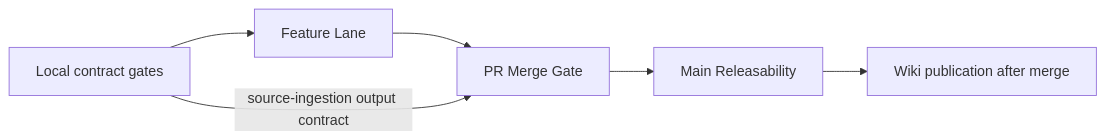
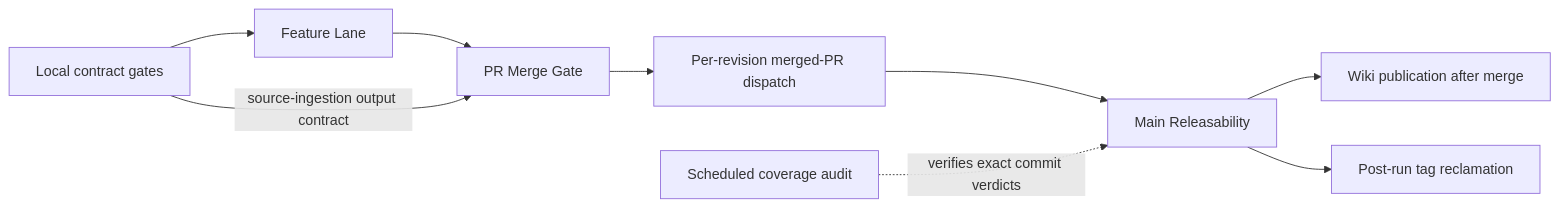
One commit to sgajbi/lotus-idea changed the diagram in wiki/Validation-and-CI.md. Above: the diagram before and after it, drawn with Mermaid. The commit also changed other lines of this file and 1 other file, not shown here.

Commit message:
docs(ci): govern revision-scoped main evidence

````diff
--- a/wiki/Validation-and-CI.md
+++ b/wiki/Validation-and-CI.md
@@ -89,11 +91,16 @@
 ```mermaid
 flowchart LR
     Local["Local contract gates"]
     Feature["Feature Lane"]
     PR["PR Merge Gate"]
+    Dispatch["Per-revision merged-PR dispatch"]
     Main["Main Releasability"]
+    Audit["Scheduled coverage audit"]
+    Reclaim["Post-run tag reclamation"]
     Wiki["Wiki publication after merge"]
 
-    Local --> Feature --> PR --> Main --> Wiki
+    Local --> Feature --> PR --> Dispatch --> Main --> Wiki
+    Main --> Reclaim
+    Audit -. "verifies exact commit verdicts" .-> Main
     Local -->|"source-ingestion output contract"| PR
 ```
````
